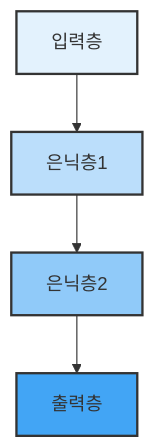
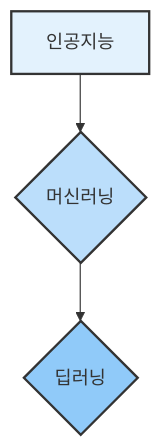
The second of 2 diagrams in Chapter II. 데이터과학 기초/2. 머신러닝 입문하기/1. 머신러닝과 딥러닝 개념 이해.md (hanaoverride/data-scientist-cookbook-for-korean), drawn with Mermaid before and after one commit. The commit also changed other lines of this file and 132 other files, not shown here.

````diff
--- a/Chapter II. 데이터과학 기초/2. 머신러닝 입문하기/1. 머신러닝과 딥러닝 개념 이해.md
+++ b/Chapter II. 데이터과학 기초/2. 머신러닝 입문하기/1. 머신러닝과 딥러닝 개념 이해.md
@@ -301,10 +103,9 @@
 ```mermaid
 graph TD
-    A[입력층] --> B[은닉층1]
-    B --> C[은닉층2]
-    C --> D[출력층]
+    A[인공지능] --> B{머신러닝};
+    B --> C{딥러닝};
+
     style A fill:#e3f2fd,stroke:#333,stroke-width:2px
     style B fill:#bbdefb,stroke:#333,stroke-width:2px
     style C fill:#90caf9,stroke:#333,stroke-width:2px
-    style D fill:#42a5f5,stroke:#333,stroke-width:2px
 ```
````
